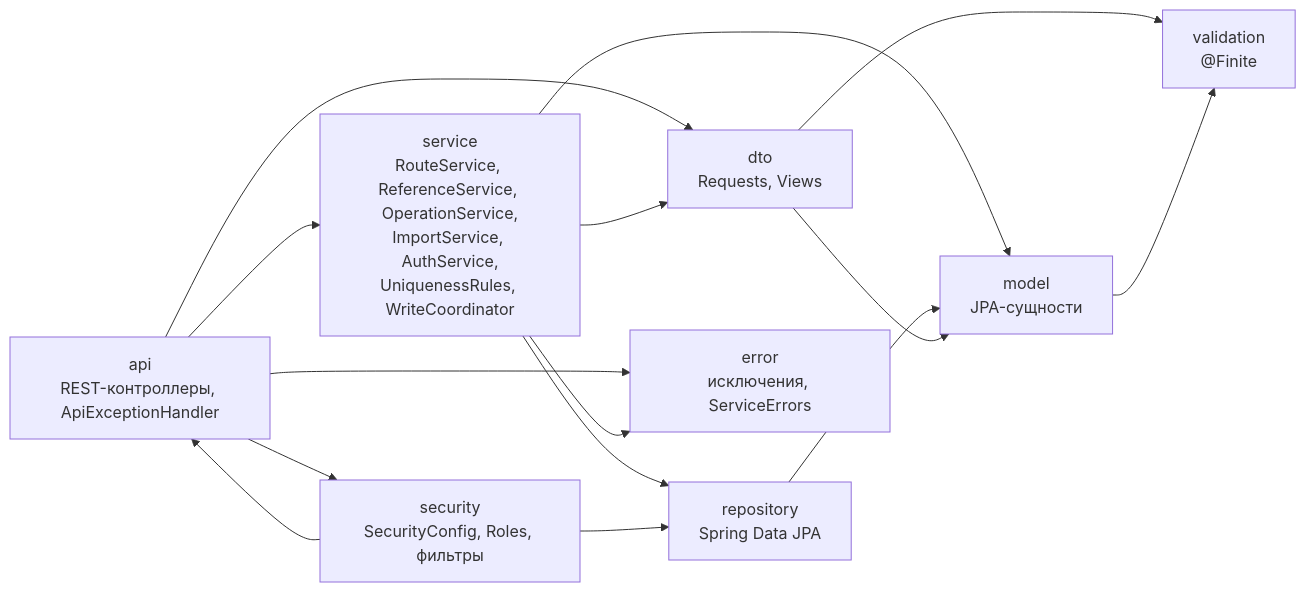
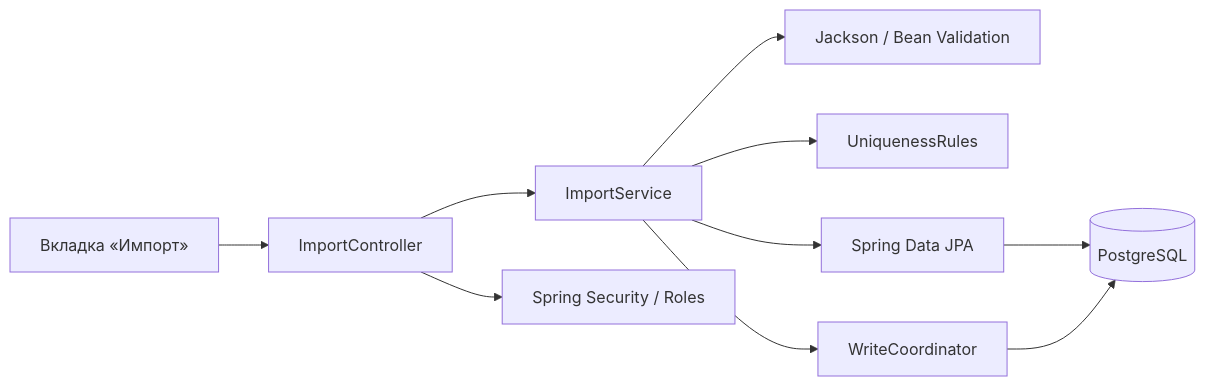
Before and after one commit to Mafteroid0/IS-LAB-1: the diagram in docs/REPORT.md, drawn with Mermaid. The commit also changed other lines of this file and 27 other files, not shown here.

````diff
--- a/docs/REPORT.md
+++ b/docs/REPORT.md
@@ -37,25 +27,12 @@
 ```mermaid
 flowchart LR
-    api["api<br/>REST-контроллеры, ApiExceptionHandler"]
-    dto["dto<br/>Requests, Views"]
-    service["service<br/>RouteService, ReferenceService, OperationService,<br/>ImportService, AuthService,<br/>UniquenessRules, WriteCoordinator"]
-    repository["repository<br/>Spring Data JPA"]
-    model["model<br/>JPA-сущности"]
-    security["security<br/>SecurityConfig, Roles, фильтры"]
-    error["error<br/>исключения, ServiceErrors"]
-    validation["validation<br/>@Finite"]
-    api --> dto
-    api --> service
-    api --> error
-    api --> security
-    service --> repository
-    service --> model
-    service --> dto
-    service --> error
-    repository --> model
-    dto --> model
-    dto --> validation
-    model --> validation
-    security --> repository
-    security --> api
+    UI["Вкладка «Импорт»"] --> API["ImportController"]
+    API --> S["ImportService"]
+    API --> Roles["Spring Security / Roles"]
+    S --> V["Jackson / Bean Validation"]
+    S --> U["UniquenessRules"]
+    S --> W["WriteCoordinator"]
+    S --> R["Spring Data JPA"]
+    R --> DB[("PostgreSQL")]
+    W --> DB
 ```
````
